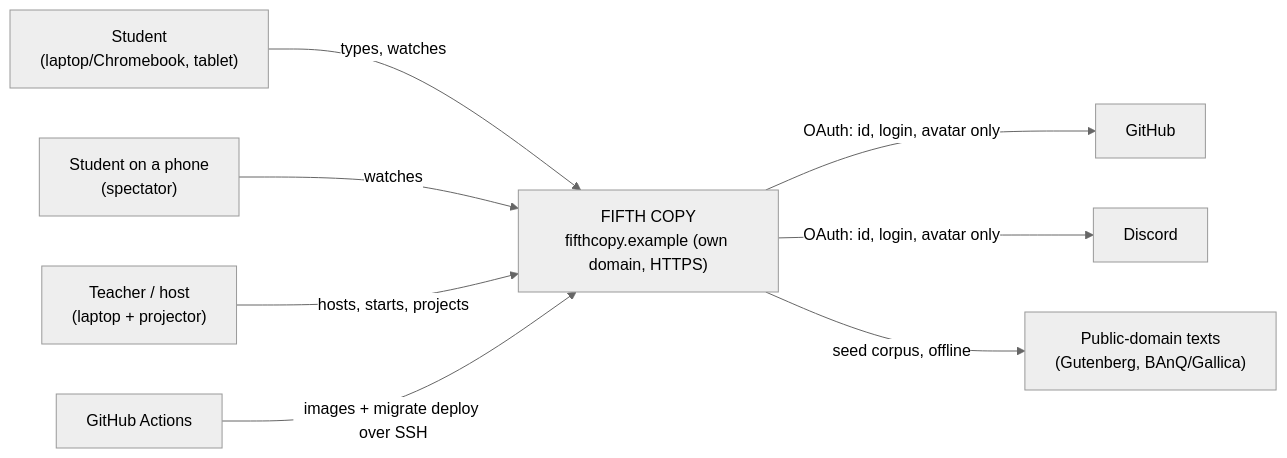
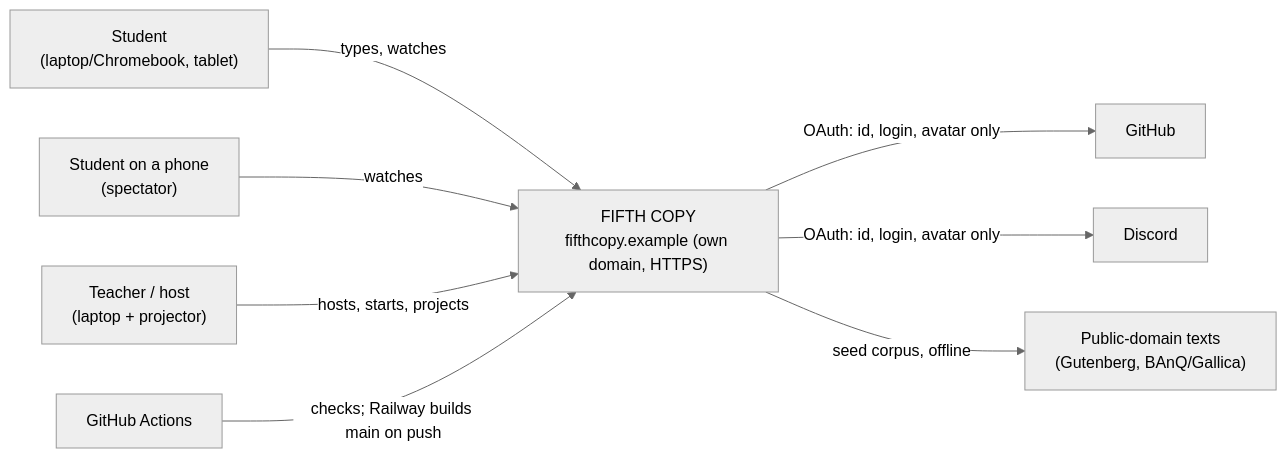
The first of 6 diagrams in docs/architecture/ARCHITECTURE.md (jimmy-razafindretsa/fifth-copy), drawn with Mermaid (neutral theme) before and after one commit. The commit also changed other lines of this file and 2 other files, not shown here.

First line of the commit message:
[#649] docs: ARCHITECTURE and AGENTS map follow ADR 0019 (Railway); delivery log

````diff
--- a/docs/architecture/ARCHITECTURE.md
+++ b/docs/architecture/ARCHITECTURE.md
@@ -113,11 +114,11 @@
 ```mermaid
 flowchart LR
   student["Student<br/>(laptop/Chromebook, tablet)"] -->|types, watches| FC
   phone["Student on a phone<br/>(spectator)"] -->|watches| FC
   teacher["Teacher / host<br/>(laptop + projector)"] -->|hosts, starts, projects| FC
   FC["FIFTH COPY<br/>fifthcopy.example (own domain, HTTPS)"]
   FC -->|OAuth: id, login, avatar only| gh["GitHub"]
   FC -->|OAuth: id, login, avatar only| dc["Discord"]
   FC -->|seed corpus, offline| pd["Public-domain texts<br/>(Gutenberg, BAnQ/Gallica)"]
-  ci["GitHub Actions"] -->|images + migrate deploy over SSH| FC
+  ci["GitHub Actions"] -->|checks; Railway builds main on push| FC
 ```
````
